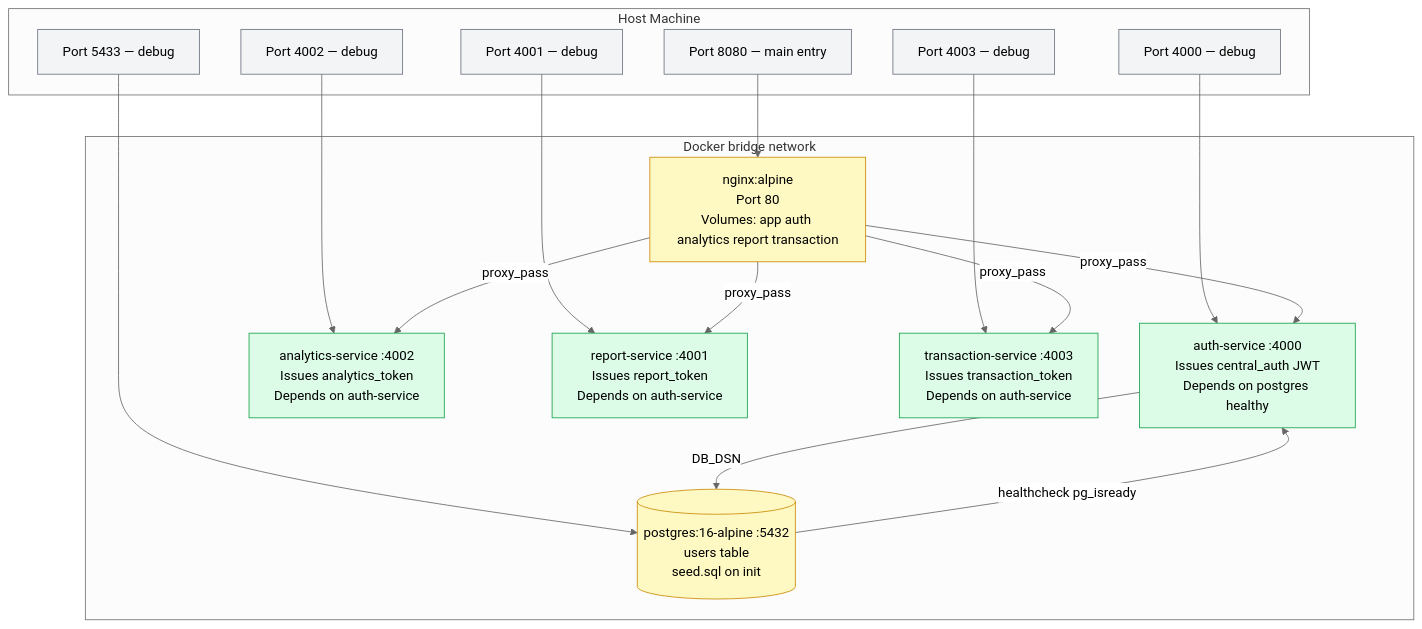
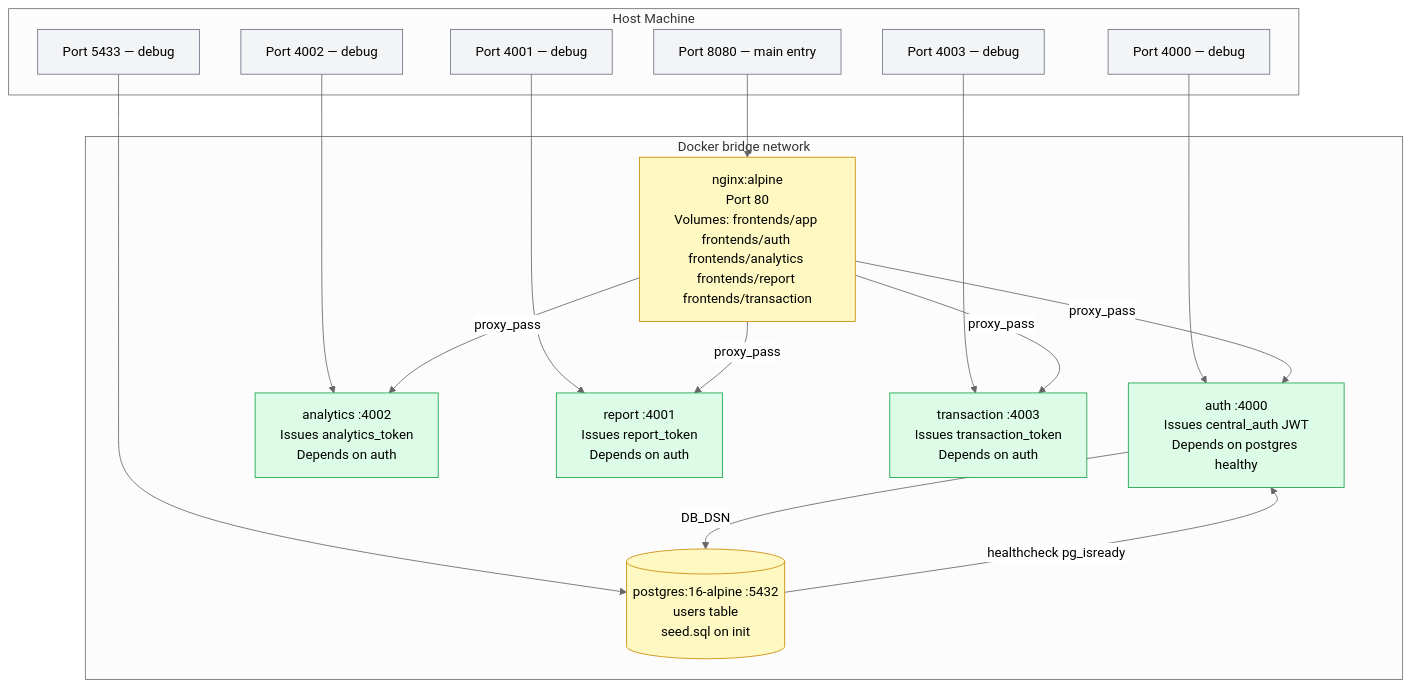
One commit to dimiklabs/central-auth changed diagram 12 of 15 in docs/architecture.md. Above: the diagram before and after it, drawn with Mermaid (neutral theme). The commit also changed other lines of this file and 88 other files, not shown here.

````diff
--- a/docs/architecture.md
+++ b/docs/architecture.md
@@ -381,38 +381,38 @@
 ```mermaid
 graph TB
     subgraph Host ["Host Machine"]
         P8080["Port 8080 — main entry"]
         P4000["Port 4000 — debug"]
         P4001["Port 4001 — debug"]
         P4002["Port 4002 — debug"]
         P4003["Port 4003 — debug"]
         P5433["Port 5433 — debug"]
     end
 
     subgraph DockerNet ["Docker bridge network"]
-        Nginx["nginx:alpine\nPort 80\nVolumes: app auth analytics report transaction"]
-        Auth["auth-service :4000\nIssues central_auth JWT\nDepends on postgres healthy"]
-        Analytics["analytics-service :4002\nIssues analytics_token\nDepends on auth-service"]
-        Report["report-service :4001\nIssues report_token\nDepends on auth-service"]
-        Tx["transaction-service :4003\nIssues transaction_token\nDepends on auth-service"]
+        Nginx["nginx:alpine\nPort 80\nVolumes: frontends/app frontends/auth frontends/analytics frontends/report frontends/transaction"]
+        Auth["auth :4000\nIssues central_auth JWT\nDepends on postgres healthy"]
+        Analytics["analytics :4002\nIssues analytics_token\nDepends on auth"]
+        Report["report :4001\nIssues report_token\nDepends on auth"]
+        Tx["transaction :4003\nIssues transaction_token\nDepends on auth"]
         PG[("postgres:16-alpine :5432\nusers table\nseed.sql on init")]
     end
 
     P8080 --> Nginx
     P4000 --> Auth
     P4001 --> Report
     P4002 --> Analytics
     P4003 --> Tx
     P5433 --> PG
 
     Nginx -->|"proxy_pass"| Auth & Analytics & Report & Tx
     Auth -->|"DB_DSN"| PG
     PG -->|"healthcheck pg_isready"| Auth
 
     classDef infra fill:#fef9c3,stroke:#ca8a04
     classDef svc fill:#dcfce7,stroke:#16a34a
     classDef port fill:#f3f4f6,stroke:#6b7280
     class Nginx,PG infra
     class Auth,Analytics,Report,Tx svc
     class P8080,P4000,P4001,P4002,P4003,P5433 port
 ```
````
